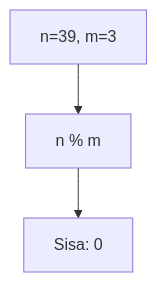
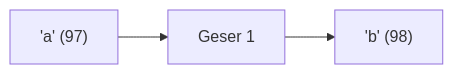
Before and after one commit to amnahwaida/OSNK_INF_PREP: the fourth of 25 diagrams in part-c-pemahaman-cpp/01-tipe-data/latihan/set-09.md, drawn with Mermaid. The commit also changed other lines of this file and 71 other files, not shown here.

````diff
--- a/part-c-pemahaman-cpp/01-tipe-data/latihan/set-09.md
+++ b/part-c-pemahaman-cpp/01-tipe-data/latihan/set-09.md
@@ -103,5 +107,5 @@
 ```mermaid
-graph TD
-A["n=39, m=3"] --> B["n % m"]
-B --> C["Sisa: 0"]
+graph LR
+A["'a' (97)"] --> B["Geser 1"]
+B --> C["'b' (98)"]
 ```
````
